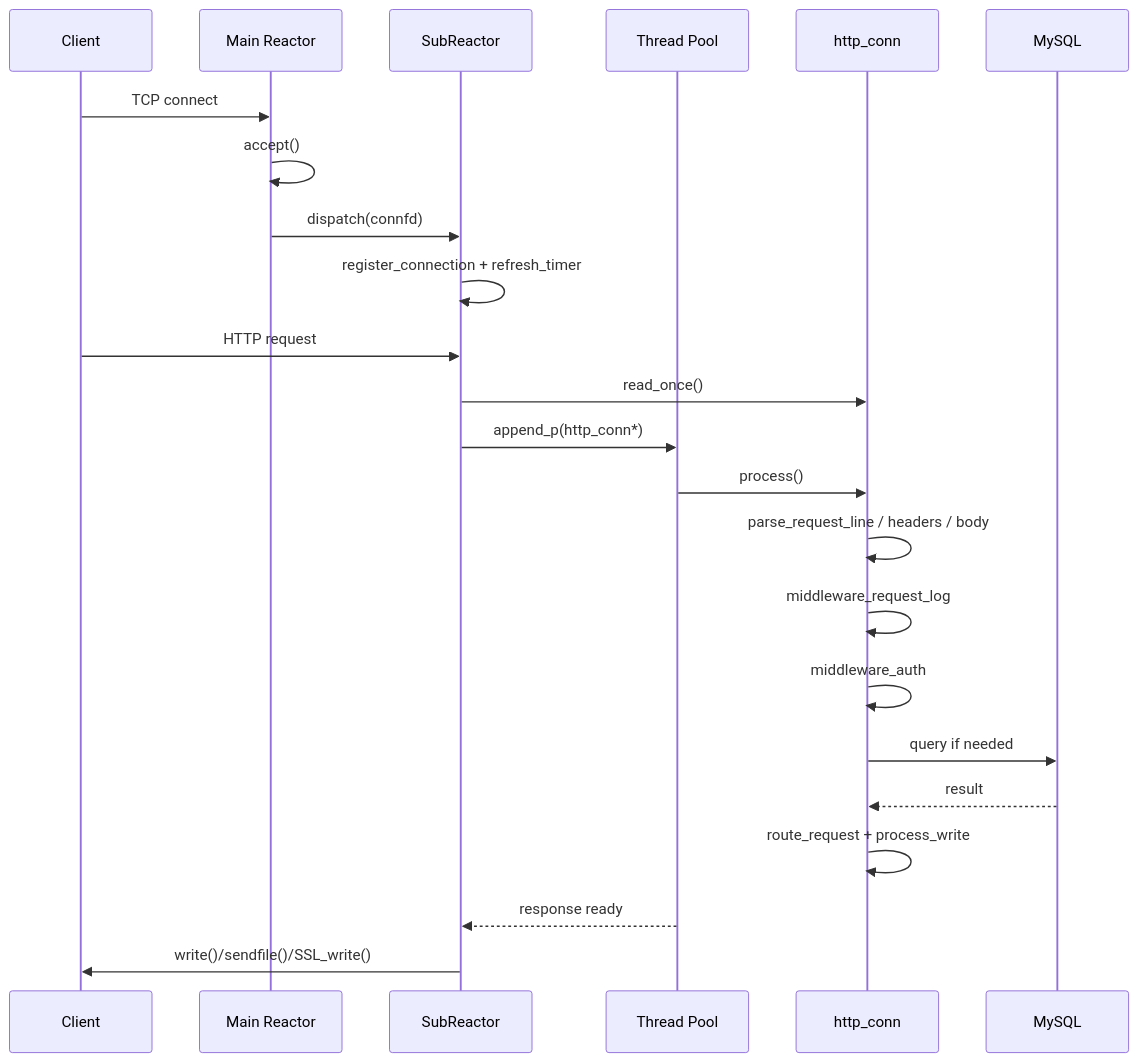
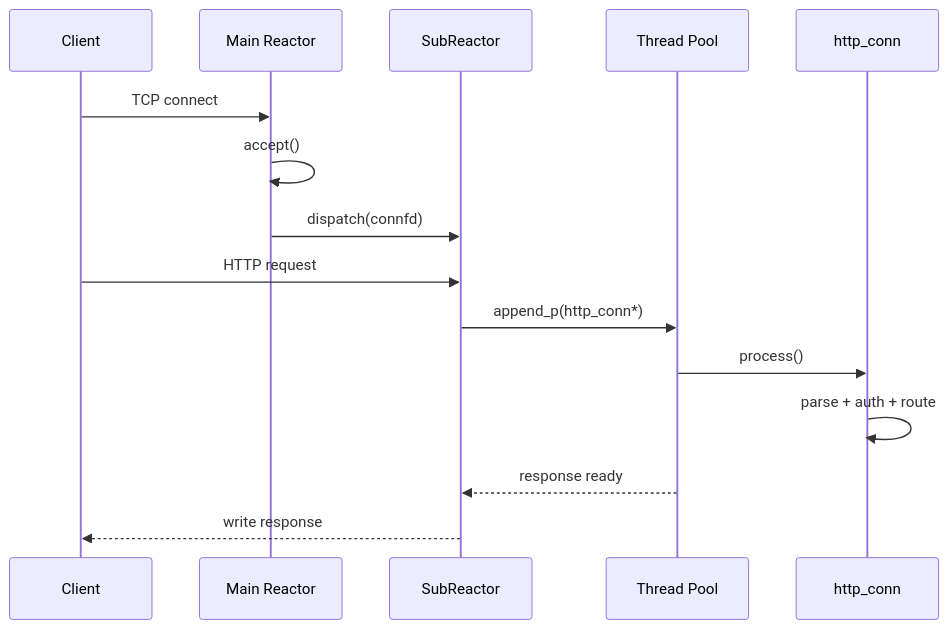
Before and after one commit to wjg12345678/High-performance-gateway: the third of 4 diagrams in README.md, drawn with Mermaid. The commit also changed other lines of this file, not shown here.

````diff
--- a/README.md
+++ b/README.md
@@ -658,26 +250,18 @@
 ```mermaid
 sequenceDiagram
     participant C as Client
     participant MR as Main Reactor
     participant SR as SubReactor
     participant TP as Thread Pool
     participant HC as http_conn
-    participant DB as MySQL
 
     C->>MR: TCP connect
     MR->>MR: accept()
     MR->>SR: dispatch(connfd)
-    SR->>SR: register_connection + refresh_timer
     C->>SR: HTTP request
-    SR->>HC: read_once()
     SR->>TP: append_p(http_conn*)
     TP->>HC: process()
-    HC->>HC: parse_request_line / headers / body
-    HC->>HC: middleware_request_log
-    HC->>HC: middleware_auth
-    HC->>DB: query if needed
-    DB-->>HC: result
-    HC->>HC: route_request + process_write
+    HC->>HC: parse + auth + route
     TP-->>SR: response ready
-    SR->>C: write()/sendfile()/SSL_write()
+    SR-->>C: write response
 ```
````
